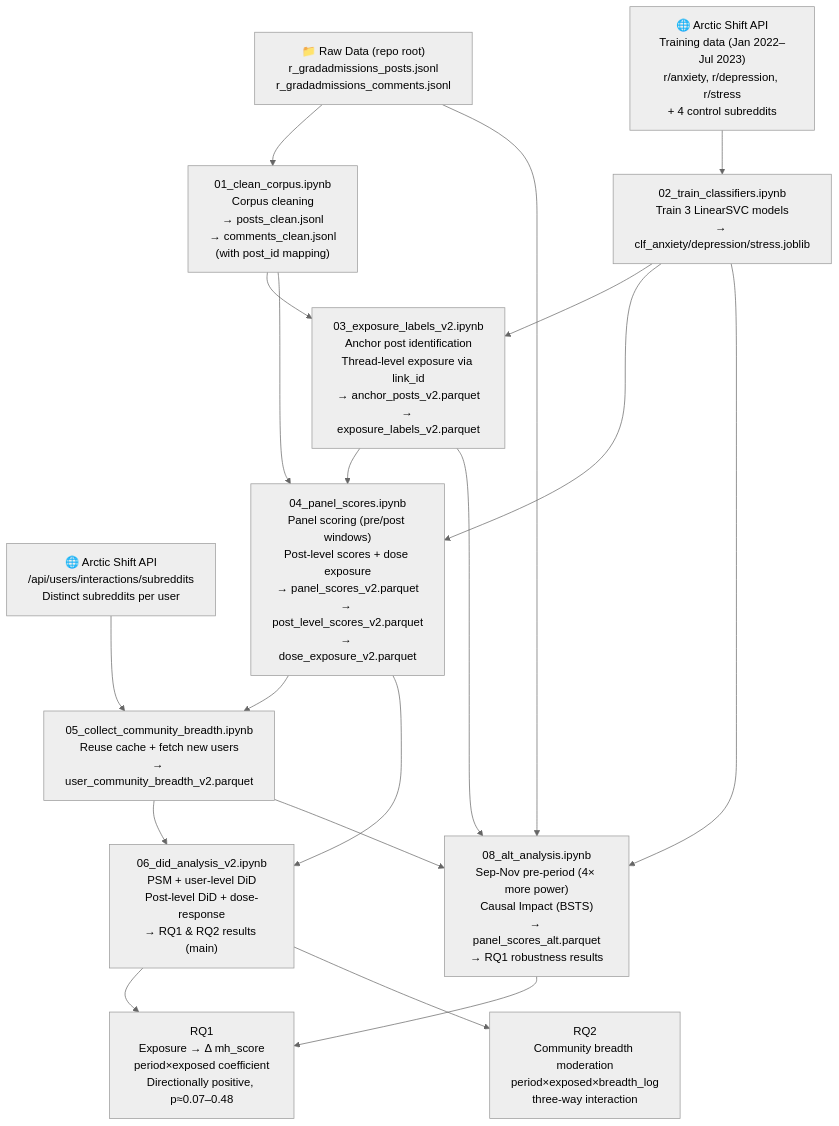
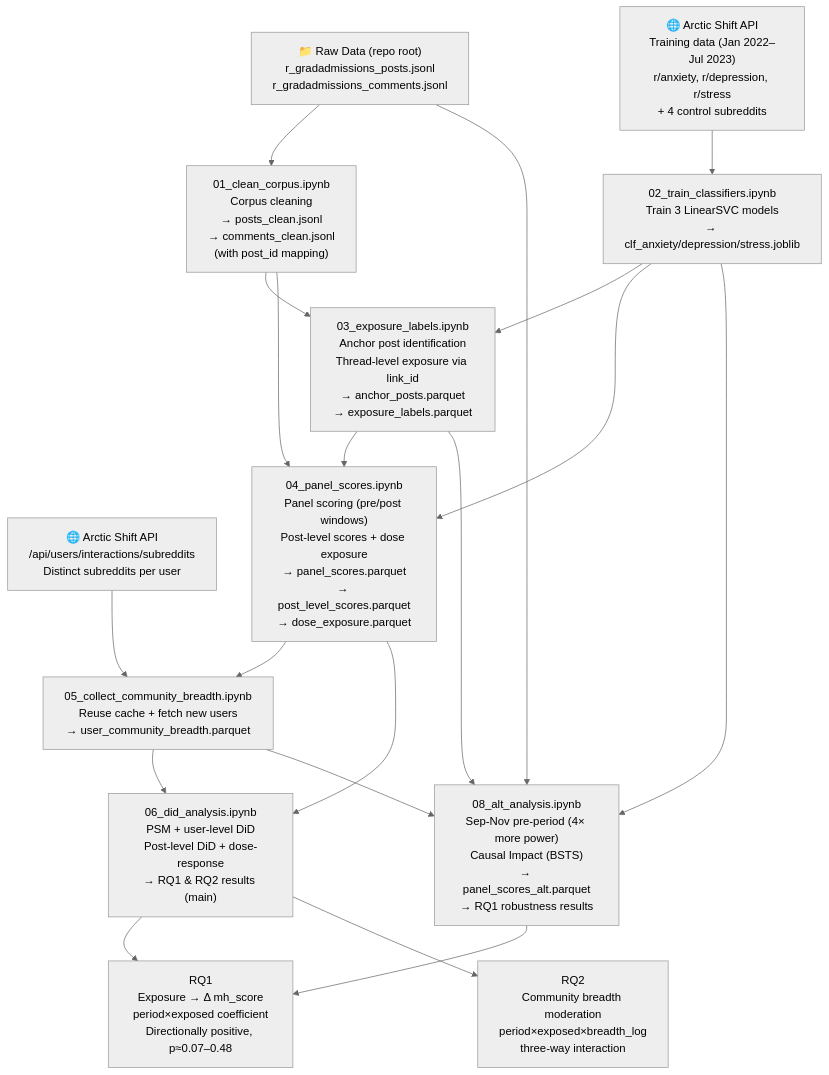
Before and after one commit to bulkpool/reddit-gradadmissions-distress: the diagram in docs/flow.md, drawn with Mermaid (neutral theme). The commit also changed other lines of this file and 49 other files, not shown here.

````diff
--- a/docs/flow.md
+++ b/docs/flow.md
@@ -9,37 +9,37 @@
 ```mermaid
 flowchart TD
     RAW["📁 Raw Data (repo root)\nr_gradadmissions_posts.jsonl\nr_gradadmissions_comments.jsonl"]
 
     ARCTIC_TRAIN["🌐 Arctic Shift API\nTraining data (Jan 2022–Jul 2023)\nr/anxiety, r/depression, r/stress\n+ 4 control subreddits"]
     ARCTIC_BREADTH["🌐 Arctic Shift API\n/api/users/interactions/subreddits\nDistinct subreddits per user"]
 
     N01["01_clean_corpus.ipynb\nCorpus cleaning\n→ posts_clean.jsonl\n→ comments_clean.jsonl\n(with post_id mapping)"]
     N02["02_train_classifiers.ipynb\nTrain 3 LinearSVC models\n→ clf_anxiety/depression/stress.joblib"]
-    N03["03_exposure_labels_v2.ipynb\nAnchor post identification\nThread-level exposure via link_id\n→ anchor_posts_v2.parquet\n→ exposure_labels_v2.parquet"]
-    N04["04_panel_scores.ipynb\nPanel scoring (pre/post windows)\nPost-level scores + dose exposure\n→ panel_scores_v2.parquet\n→ post_level_scores_v2.parquet\n→ dose_exposure_v2.parquet"]
-    N05["05_collect_community_breadth.ipynb\nReuse cache + fetch new users\n→ user_community_breadth_v2.parquet"]
-    N06["06_did_analysis_v2.ipynb\nPSM + user-level DiD\nPost-level DiD + dose-response\n→ RQ1 & RQ2 results (main)"]
+    N03["03_exposure_labels.ipynb\nAnchor post identification\nThread-level exposure via link_id\n→ anchor_posts.parquet\n→ exposure_labels.parquet"]
+    N04["04_panel_scores.ipynb\nPanel scoring (pre/post windows)\nPost-level scores + dose exposure\n→ panel_scores.parquet\n→ post_level_scores.parquet\n→ dose_exposure.parquet"]
+    N05["05_collect_community_breadth.ipynb\nReuse cache + fetch new users\n→ user_community_breadth.parquet"]
+    N06["06_did_analysis.ipynb\nPSM + user-level DiD\nPost-level DiD + dose-response\n→ RQ1 & RQ2 results (main)"]
     N08["08_alt_analysis.ipynb\nSep-Nov pre-period (4× more power)\nCausal Impact (BSTS)\n→ panel_scores_alt.parquet\n→ RQ1 robustness results"]
 
     RQ1["RQ1\nExposure → Δ mh_score\nperiod×exposed coefficient\nDirectionally positive, p≈0.07–0.48"]
     RQ2["RQ2\nCommunity breadth moderation\nperiod×exposed×breadth_log\nthree-way interaction"]
 
     RAW --> N01
     ARCTIC_TRAIN --> N02
     N01 --> N03
     N02 --> N03
     N01 --> N04
     N02 --> N04
     N03 --> N04
     ARCTIC_BREADTH --> N05
     N04 --> N05
     N04 --> N06
     N05 --> N06
     N06 --> RQ1
     N06 --> RQ2
     RAW --> N08
     N02 --> N08
     N03 --> N08
     N05 --> N08
     N08 --> RQ1
 ```
````
